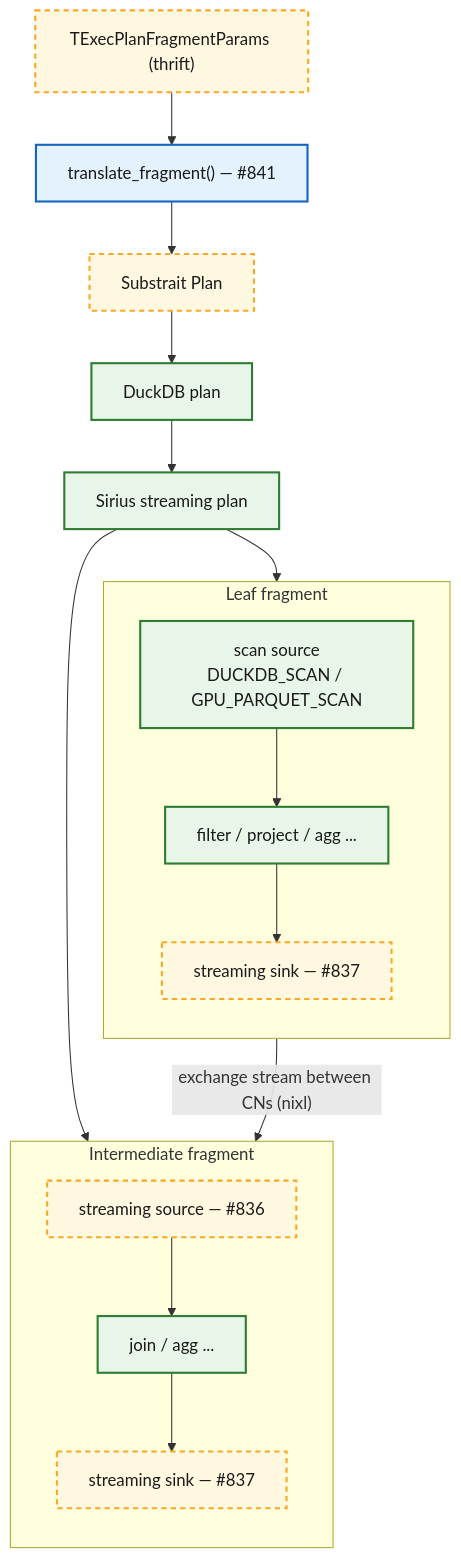
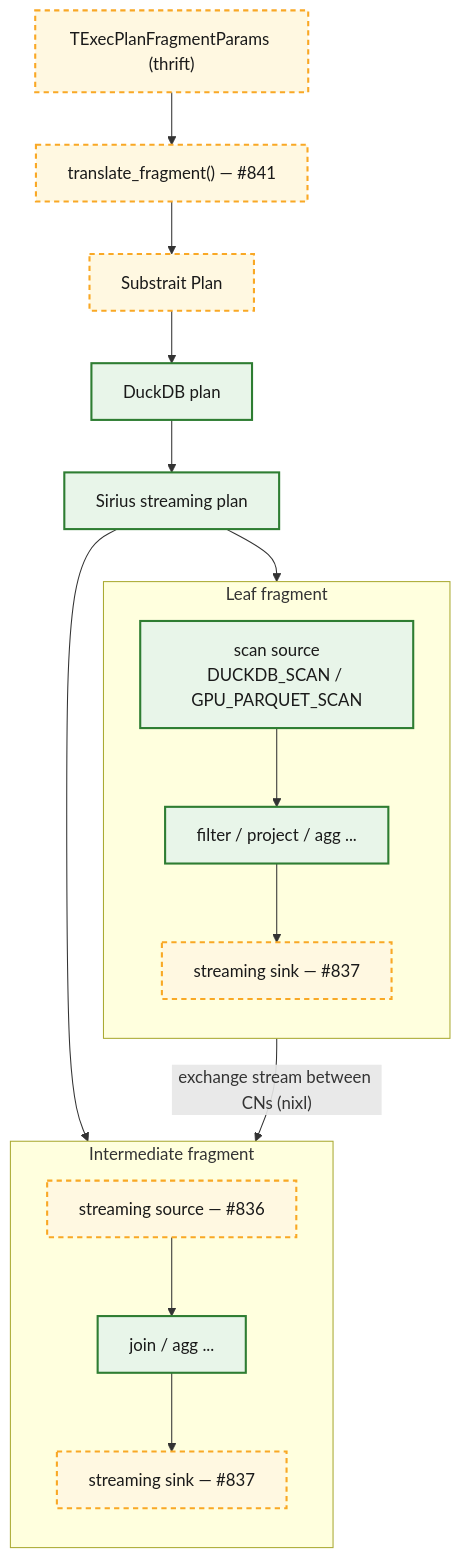
The fourth of 11 diagrams in experimental/starrocks/docs/exchange-design.md (sirius-db/sirius), drawn with Mermaid before and after one commit. The commit also changed other lines of this file, not shown here.

First line of the commit message:
docs(starrocks): drop volatile status (issue table and merged shade)

````diff
--- a/experimental/starrocks/docs/exchange-design.md
+++ b/experimental/starrocks/docs/exchange-design.md
@@ -127,30 +122,29 @@
 ```mermaid
 flowchart TB
   tp["TExecPlanFragmentParams (thrift)"]:::proposed
-  tr["translate_fragment() — #841"]:::merged
+  tr["translate_fragment() — #841"]:::proposed
   sub["Substrait Plan"]:::proposed
   dd["DuckDB plan"]:::exists
   sp["Sirius streaming plan"]:::exists
   tp --> tr --> sub --> dd --> sp
   subgraph leaf["Leaf fragment"]
     direction TB
     ls["scan source<br/>DUCKDB_SCAN / GPU_PARQUET_SCAN"]:::exists
     lops["filter / project / agg ..."]:::exists
     lsk["streaming sink — #837"]:::proposed
     ls --> lops --> lsk
   end
   subgraph mid["Intermediate fragment"]
     direction TB
     ms["streaming source — #836"]:::proposed
     mops["join / agg ..."]:::exists
     msk["streaming sink — #837"]:::proposed
     ms --> mops --> msk
   end
   sp --> leaf
   sp --> mid
   lsk -->|"exchange stream between CNs (nixl)"| ms
   classDef exists fill:#e8f5e9,stroke:#2e7d32,stroke-width:2px,color:#1a1a1a;
   classDef proposed fill:#fff8e1,stroke:#f9a825,stroke-width:2px,stroke-dasharray:5 4,color:#1a1a1a;
   classDef priorart fill:#ede7f6,stroke:#6a1b9a,stroke-width:1.5px,stroke-dasharray:2 2,color:#1a1a1a;
-  classDef merged fill:#e3f2fd,stroke:#1565c0,stroke-width:2px,color:#1a1a1a;
 ```
````
